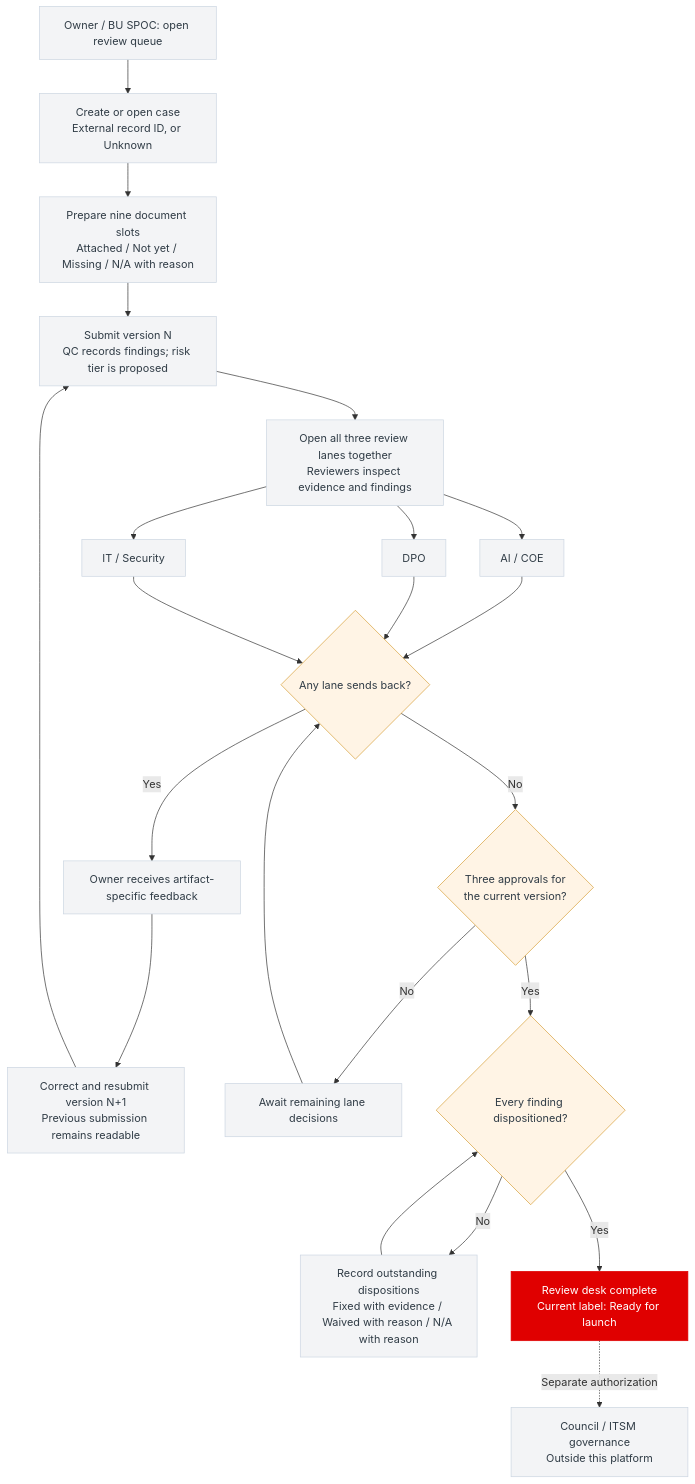
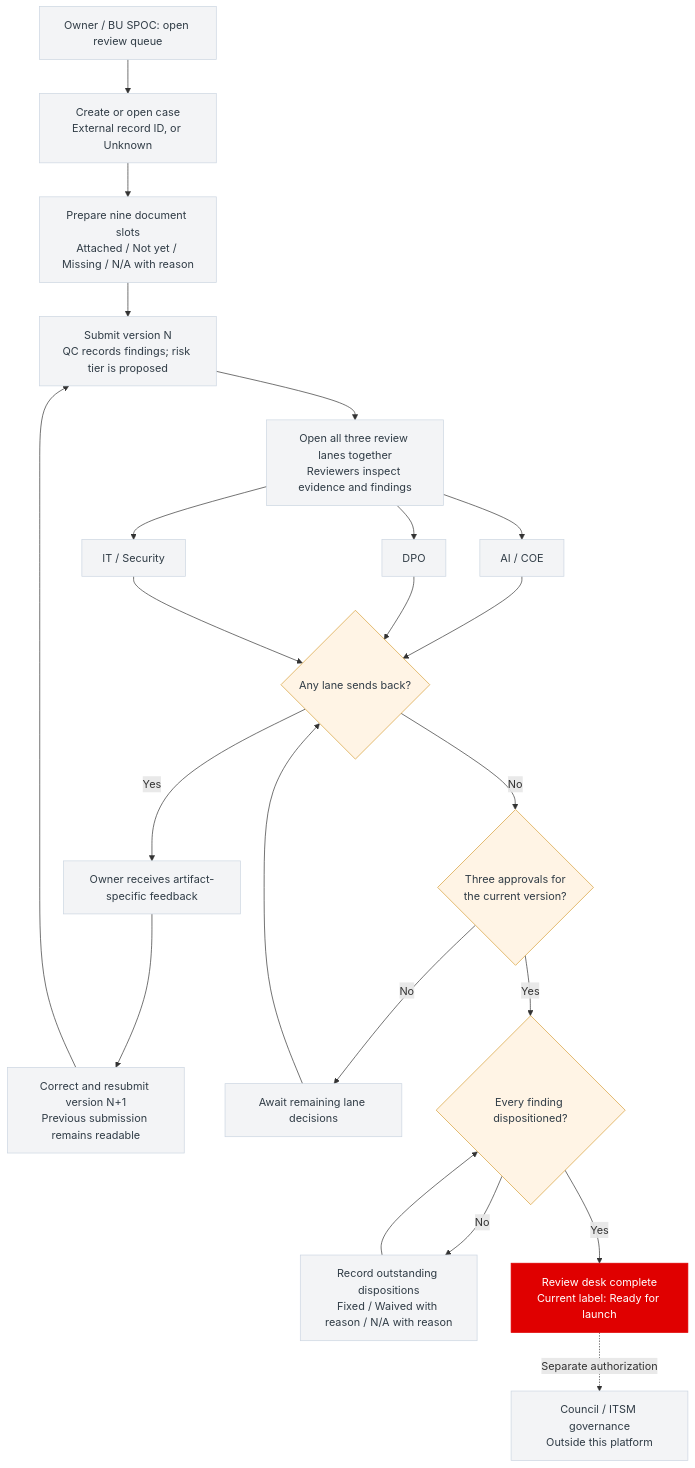
Before and after one commit to tkhongsap-io/rai-workflow-platform-poc: the diagram in README.md, drawn with Mermaid. The commit also changed other lines of this file and 41 other files, not shown here.

````diff
--- a/README.md
+++ b/README.md
@@ -22,30 +25,30 @@
 ```mermaid
 flowchart TD
     A["Owner / BU SPOC: open review queue"] --> B["Create or open case<br/>External record ID, or Unknown"]
     B --> C["Prepare nine document slots<br/>Attached / Not yet / Missing / N/A with reason"]
     C --> D["Submit version N<br/>QC records findings; risk tier is proposed"]
     D --> E["Open all three review lanes together<br/>Reviewers inspect evidence and findings"]
     E --> F["AI / COE"]
     E --> G["DPO"]
     E --> H["IT / Security"]
     F --> I{"Any lane sends back?"}
     G --> I
     H --> I
     I -- Yes --> J["Owner receives artifact-specific feedback"]
     J --> K["Correct and resubmit version N+1<br/>Previous submission remains readable"]
     K --> D
     I -- No --> L{"Three approvals for<br/>the current version?"}
     L -- No --> M["Await remaining lane decisions"]
     M --> I
     L -- Yes --> N{"Every finding dispositioned?"}
-    N -- No --> O["Record outstanding dispositions<br/>Fixed with evidence / Waived with reason / N/A with reason"]
+    N -- No --> O["Record outstanding dispositions<br/>Fixed / Waived with reason / N/A with reason"]
     O --> N
     N -- Yes --> P["Review desk complete<br/>Current label: Ready for launch"]
     P -. Separate authorization .-> Q["Council / ITSM governance<br/>Outside this platform"]
     classDef step fill:#F3F4F6,stroke:#CBD5E1,color:#303C46;
     classDef gate fill:#FFF4E5,stroke:#D69E36,color:#303C46;
     classDef done fill:#E00000,stroke:#E00000,color:#FFFFFF;
     class A,B,C,D,E,F,G,H,J,K,M,O,Q step;
     class I,L,N gate;
     class P done;
 ```
````
